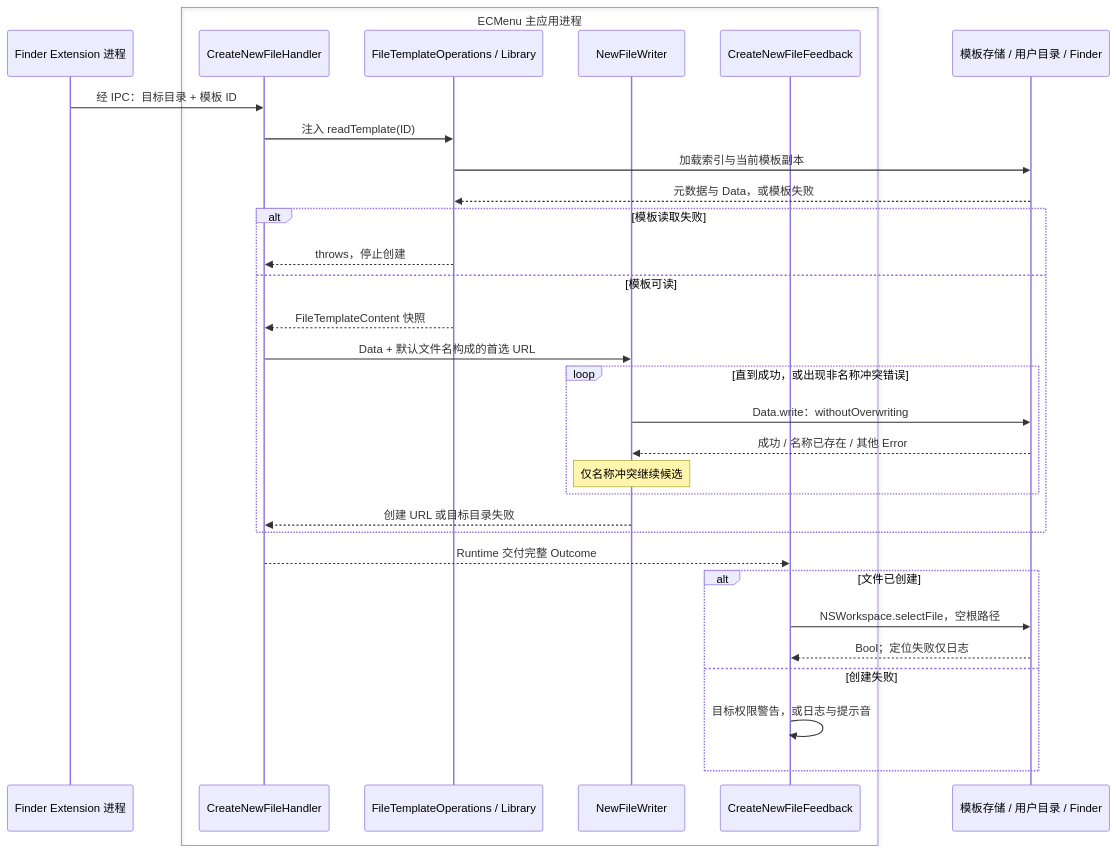
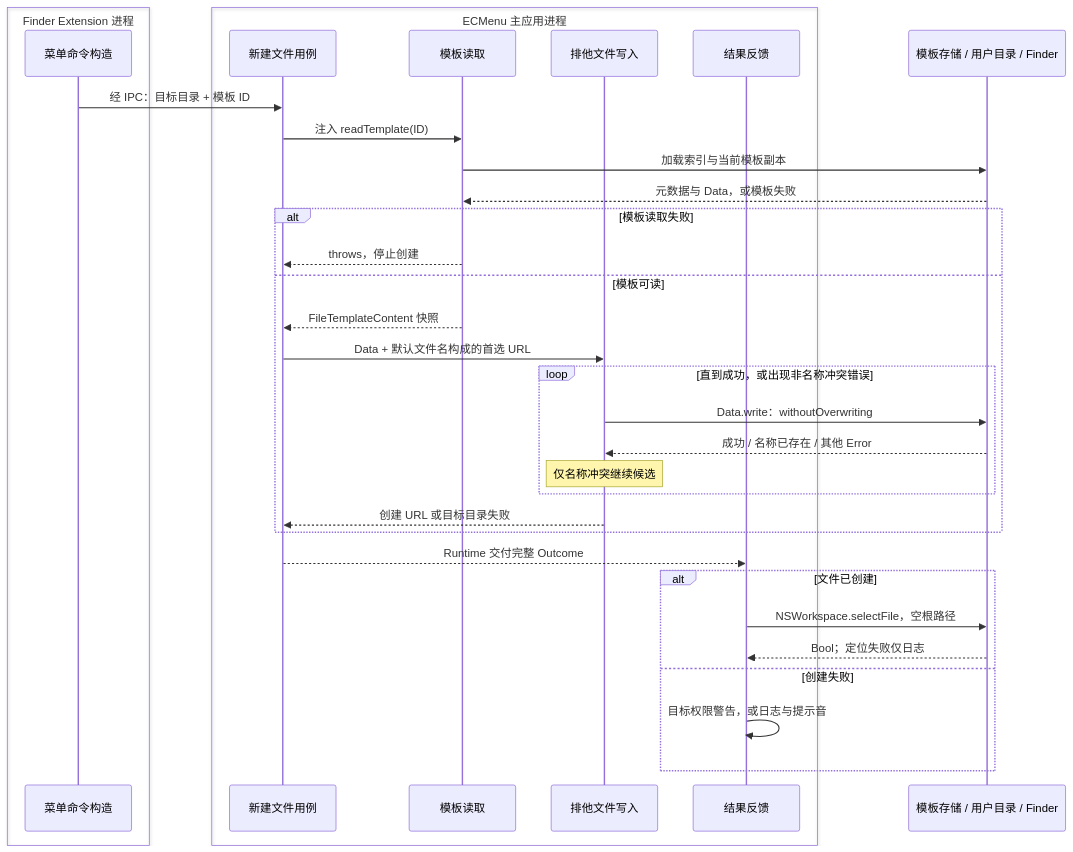
One commit to tlb-22/mac-tool-ecmenu changed the diagram in spec/Technical/Features/NewFile.md. Above: the diagram before and after it, drawn with Mermaid. The commit also changed other lines of this file and 38 other files, not shown here.

````diff
--- a/spec/Technical/Features/NewFile.md
+++ b/spec/Technical/Features/NewFile.md
@@ -7,34 +7,36 @@
 ```mermaid
 sequenceDiagram
-    participant E as Finder Extension 进程
+    box Finder Extension 进程
+        participant E as 菜单命令构造
+    end
     box ECMenu 主应用进程
-        participant H as CreateNewFileHandler
-        participant T as FileTemplateOperations / Library
-        participant W as NewFileWriter
-        participant F as CreateNewFileFeedback
+        participant H as 新建文件用例
+        participant T as 模板读取
+        participant W as 排他文件写入
+        participant F as 结果反馈
     end
     participant S as 模板存储 / 用户目录 / Finder
     E->>H: 经 IPC：目标目录 + 模板 ID
     H->>T: 注入 readTemplate(ID)
     T->>S: 加载索引与当前模板副本
     S-->>T: 元数据与 Data，或模板失败
     alt 模板读取失败
         T-->>H: throws，停止创建
     else 模板可读
         T-->>H: FileTemplateContent 快照
         H->>W: Data + 默认文件名构成的首选 URL
         loop 直到成功，或出现非名称冲突错误
             W->>S: Data.write：withoutOverwriting
             S-->>W: 成功 / 名称已存在 / 其他 Error
             Note over W: 仅名称冲突继续候选
         end
         W-->>H: 创建 URL 或目标目录失败
     end
     H-->>F: Runtime 交付完整 Outcome
     alt 文件已创建
         F->>S: NSWorkspace.selectFile，空根路径
         S-->>F: Bool；定位失败仅日志
     else 创建失败
         F->>F: 目标权限警告，或日志与提示音
     end
 ```
````
